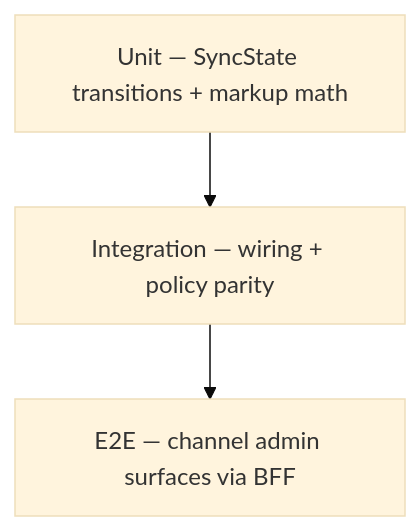
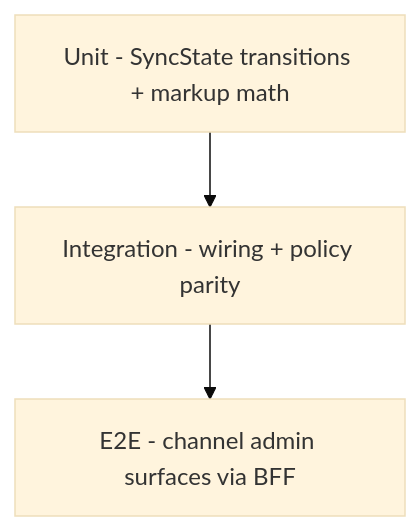
One commit to Hotel8/hotel8-site changed diagram 11 of 11 in docs/products/distrib/design.md. Above: the diagram before and after it, drawn with Mermaid (base theme). The commit also changed other lines of this file and 61 other files, not shown here.

````diff
--- a/docs/products/distrib/design.md
+++ b/docs/products/distrib/design.md
@@ -229,5 +229,5 @@
 ```mermaid
 graph TD
-    U4[Unit — SyncState transitions + markup math] --> I4[Integration — wiring + policy parity]
-    I4 --> E4[E2E — channel admin surfaces via BFF]
+    U4[Unit - SyncState transitions + markup math] --> I4[Integration - wiring + policy parity]
+    I4 --> E4[E2E - channel admin surfaces via BFF]
 ```
````
